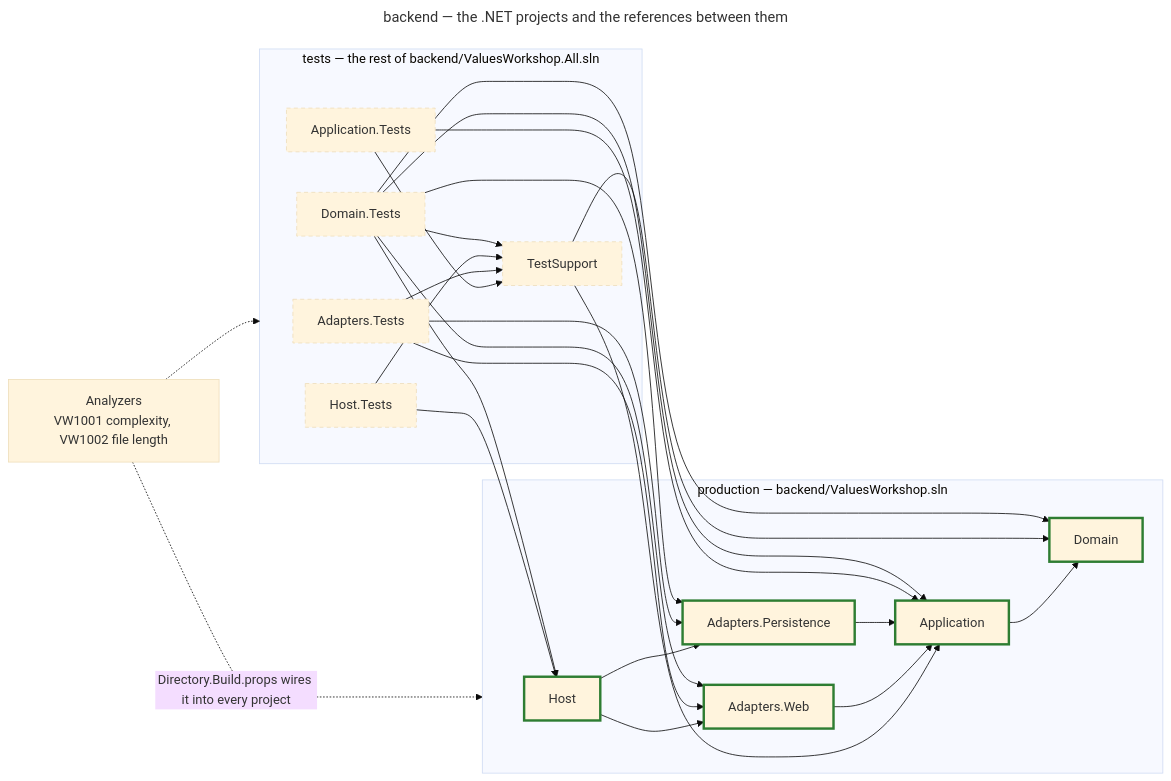
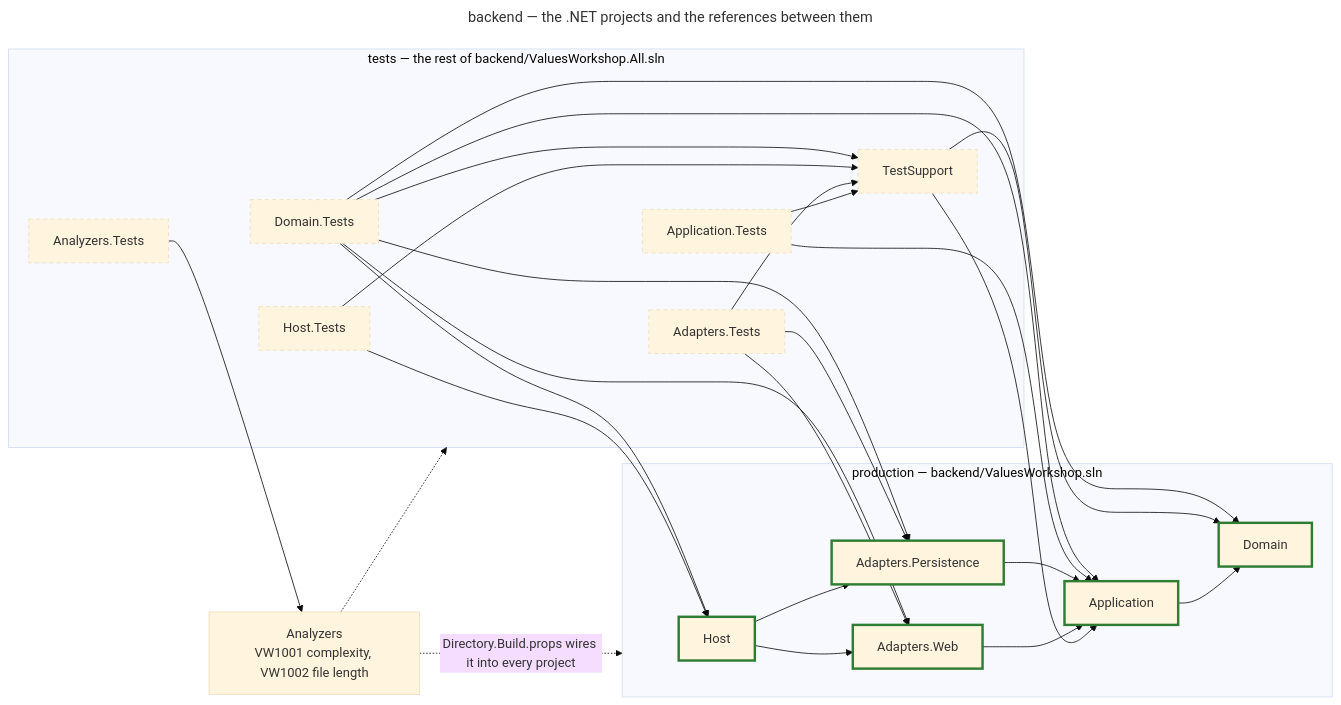
The diagram in docs/quality/backend-layers.mmd (JakobKrummeich/ValuesWorkshop), drawn with Mermaid (base theme) before and after one commit. The commit also changed 4 other files, not shown here.

```diff
--- a/docs/quality/backend-layers.mmd
+++ b/docs/quality/backend-layers.mmd
@@ -1,49 +1,51 @@
 ---
 title: "backend — the .NET projects and the references between them"
 ---
 %% Generated by `pnpm quality:report`. Edit the generator, never this file.
 graph LR
     subgraph productionProjects["production — backend/ValuesWorkshop.sln"]
         host["Host"]
         adaptersPersistence["Adapters.Persistence"]
         adaptersWeb["Adapters.Web"]
         application["Application"]
         domain["Domain"]
     end
     subgraph testProjects["tests — the rest of backend/ValuesWorkshop.All.sln"]
         adaptersTests["Adapters.Tests"]
         applicationTests["Application.Tests"]
         domainTests["Domain.Tests"]
         hostTests["Host.Tests"]
+        analyzersTests["Analyzers.Tests"]
         testSupport["TestSupport"]
     end
     analyzers["Analyzers<br/>VW1001 complexity, VW1002 file length"]
 
     domainTests --> adaptersPersistence
     domainTests --> adaptersWeb
     domainTests --> application
     domainTests --> domain
     domainTests --> host
     domainTests --> testSupport
     hostTests --> host
     hostTests --> testSupport
     adaptersTests --> adaptersPersistence
     adaptersTests --> adaptersWeb
     adaptersTests --> testSupport
     applicationTests --> application
     applicationTests --> testSupport
     host --> adaptersPersistence
     host --> adaptersWeb
     adaptersPersistence --> application
     adaptersWeb --> application
     testSupport --> application
     testSupport --> domain
     application --> domain
+    analyzersTests --> analyzers
 
     analyzers -. "Directory.Build.props wires it into every project" .-> productionProjects
     analyzers -.-> testProjects
 
     classDef shipped stroke:#2e7d32,stroke-width:3px;
     classDef testing stroke-dasharray:5 4;
     class host,adaptersPersistence,adaptersWeb,application,domain shipped;
-    class adaptersTests,applicationTests,domainTests,hostTests,testSupport testing;
+    class adaptersTests,applicationTests,domainTests,hostTests,analyzersTests,testSupport testing;
```
